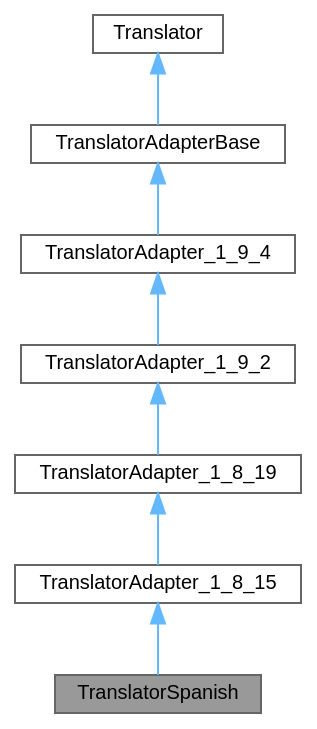
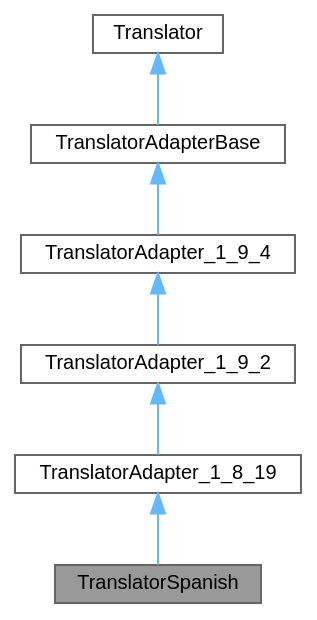
The diagram in d7/da4/class_translator_spanish__inherit__graph.dot (tim-gromeyer/doxygen), drawn with Graphviz before and after one commit. The commit also changed 62 other files, not shown here.

```diff
--- a/d7/da4/class_translator_spanish__inherit__graph.dot
+++ b/d7/da4/class_translator_spanish__inherit__graph.dot
@@ -1,21 +1,19 @@
 digraph "TranslatorSpanish"
 {
  // INTERACTIVE_SVG=YES
  // LATEX_PDF_SIZE
   bgcolor="transparent";
   edge [fontname=Helvetica,fontsize=10,labelfontname=Helvetica,labelfontsize=10];
   node [fontname=Helvetica,fontsize=10,shape=box,height=0.2,width=0.4];
   Node1 [label="TranslatorSpanish",height=0.2,width=0.4,color="gray40", fillcolor="grey60", style="filled", fontcolor="black",tooltip=" "];
   Node2 -> Node1 [dir="back",color="steelblue1",style="solid"];
-  Node2 [label="TranslatorAdapter_1_8_15",height=0.2,width=0.4,color="gray40", fillcolor="white", style="filled",URL="$d4/d2e/class_translator_adapter__1__8__15.html",tooltip=" "];
+  Node2 [label="TranslatorAdapter_1_8_19",height=0.2,width=0.4,color="gray40", fillcolor="white", style="filled",URL="$de/dde/class_translator_adapter__1__8__19.html",tooltip=" "];
   Node3 -> Node2 [dir="back",color="steelblue1",style="solid"];
-  Node3 [label="TranslatorAdapter_1_8_19",height=0.2,width=0.4,color="gray40", fillcolor="white", style="filled",URL="$de/dde/class_translator_adapter__1__8__19.html",tooltip=" "];
+  Node3 [label="TranslatorAdapter_1_9_2",height=0.2,width=0.4,color="gray40", fillcolor="white", style="filled",URL="$d3/d2e/class_translator_adapter__1__9__2.html",tooltip=" "];
   Node4 -> Node3 [dir="back",color="steelblue1",style="solid"];
-  Node4 [label="TranslatorAdapter_1_9_2",height=0.2,width=0.4,color="gray40", fillcolor="white", style="filled",URL="$d3/d2e/class_translator_adapter__1__9__2.html",tooltip=" "];
+  Node4 [label="TranslatorAdapter_1_9_4",height=0.2,width=0.4,color="gray40", fillcolor="white", style="filled",URL="$d0/d33/class_translator_adapter__1__9__4.html",tooltip=" "];
   Node5 -> Node4 [dir="back",color="steelblue1",style="solid"];
-  Node5 [label="TranslatorAdapter_1_9_4",height=0.2,width=0.4,color="gray40", fillcolor="white", style="filled",URL="$d0/d33/class_translator_adapter__1__9__4.html",tooltip=" "];
+  Node5 [label="TranslatorAdapterBase",height=0.2,width=0.4,color="gray40", fillcolor="white", style="filled",URL="$db/d6c/class_translator_adapter_base.html",tooltip="Base of the translator adapter tree."];
   Node6 -> Node5 [dir="back",color="steelblue1",style="solid"];
-  Node6 [label="TranslatorAdapterBase",height=0.2,width=0.4,color="gray40", fillcolor="white", style="filled",URL="$db/d6c/class_translator_adapter_base.html",tooltip="Base of the translator adapter tree."];
-  Node7 -> Node6 [dir="back",color="steelblue1",style="solid"];
-  Node7 [label="Translator",height=0.2,width=0.4,color="gray40", fillcolor="white", style="filled",URL="$d8/dfb/class_translator.html",tooltip="Abstract base class for all translatable text fragments."];
+  Node6 [label="Translator",height=0.2,width=0.4,color="gray40", fillcolor="white", style="filled",URL="$d8/dfb/class_translator.html",tooltip="Abstract base class for all translatable text fragments."];
 }
```
